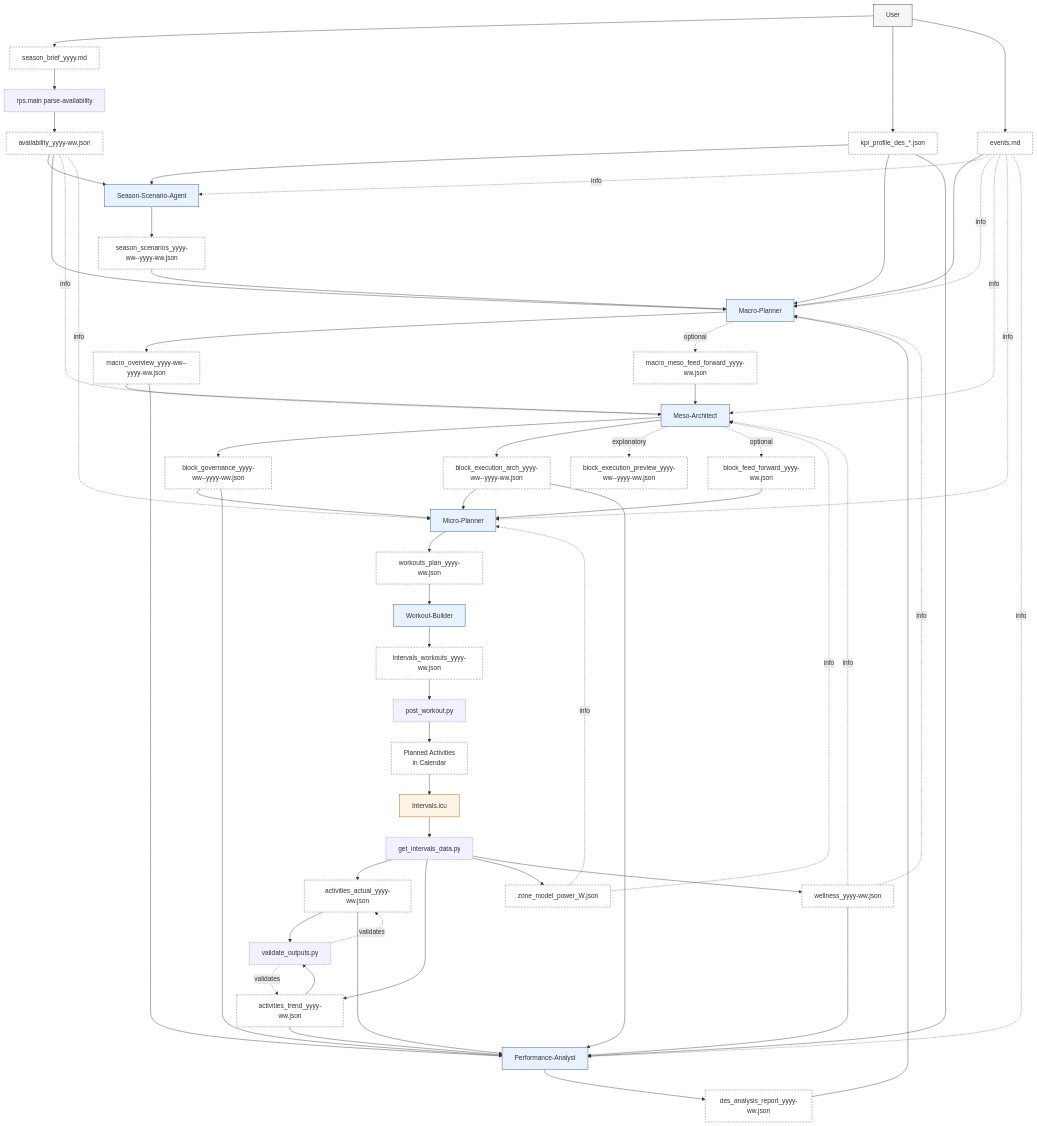
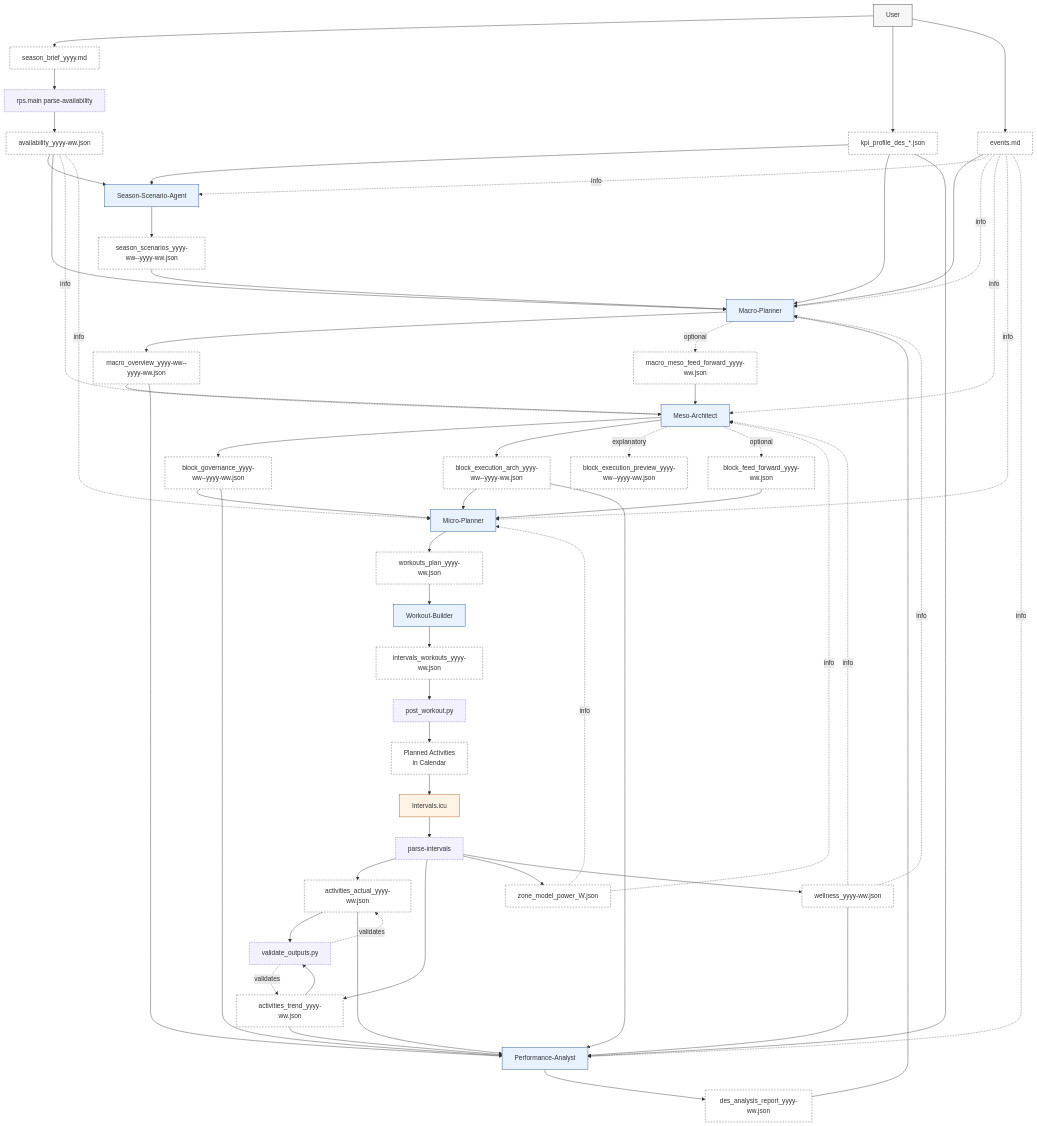
The first of 8 diagrams in doc/artefact_flow_overview_and_detail.md (albauer-priv/RPS), drawn with Mermaid before and after one commit. The commit also changed other lines of this file and 13 other files, not shown here.

```diff
--- a/doc/artefact_flow_overview_and_detail.md
+++ b/doc/artefact_flow_overview_and_detail.md
@@ -20,7 +20,7 @@
   WB[Workout-Builder]:::agent
   PA[Performance-Analyst]:::agent
   I[Intervals.icu]:::external
-  EXP[get_intervals_data.py]:::script
+  EXP[parse-intervals]:::script
   AVP[rps.main parse-availability]:::script
   VAL[validate_outputs.py]:::script
   POST[post_workout.py]:::script
```
